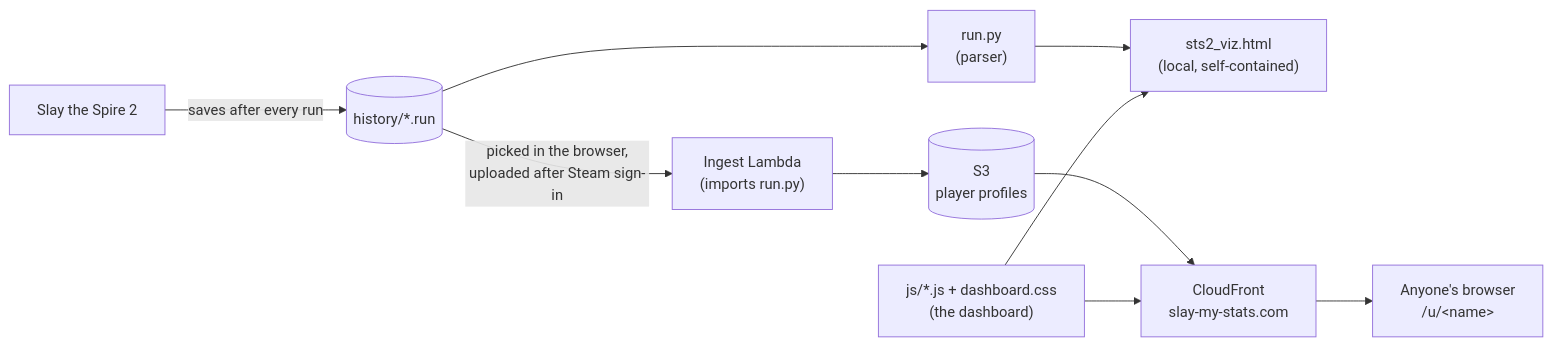
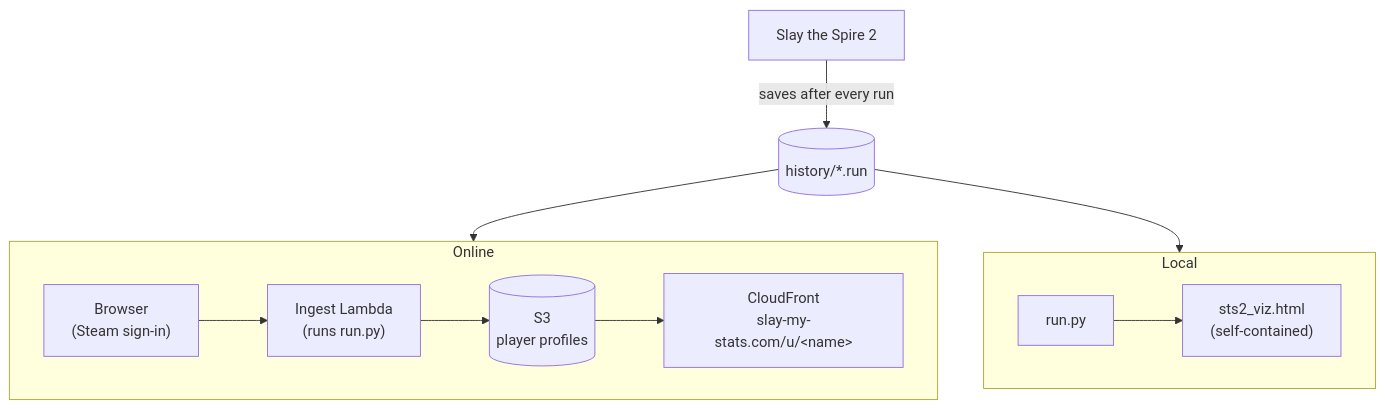
The first of 7 diagrams in README.md (johnstonjesse329/slay-my-stats), drawn with Mermaid before and after one commit.

Commit message:
README: redraw the overview diagram as two lanes, no crossing edges

````diff
--- a/README.md
+++ b/README.md
@@ -27,14 +27,19 @@
 ```mermaid
-flowchart LR
+flowchart TB
     game["Slay the Spire 2"] -- "saves after every run" --> runs[("history/*.run")]
-    runs --> runpy["run.py<br/>(parser)"]
-    runpy --> local["sts2_viz.html<br/>(local, self-contained)"]
 
-    runs -- "picked in the browser,<br/>uploaded after Steam sign-in" --> lambda["Ingest Lambda<br/>(imports run.py)"]
-    lambda --> s3[("S3<br/>player profiles")]
-    s3 --> cf["CloudFront<br/>slay-my-stats.com"]
-    cf --> viewers["Anyone's browser<br/>/u/&lt;name&gt;"]
+    subgraph local["Local"]
+        direction LR
+        runpy["run.py"] --> html["sts2_viz.html<br/>(self-contained)"]
+    end
 
-    dash["js/*.js + dashboard.css<br/>(the dashboard)"] --> local
-    dash --> cf
+    subgraph online["Online"]
+        direction LR
+        upload["Browser<br/>(Steam sign-in)"] --> lambda["Ingest Lambda<br/>(runs run.py)"]
+        lambda --> s3[("S3<br/>player profiles")]
+        s3 --> cf["CloudFront<br/>slay-my-stats.com/u/&lt;name&gt;"]
+    end
+
+    runs --> runpy
+    runs --> upload
 ```
````
